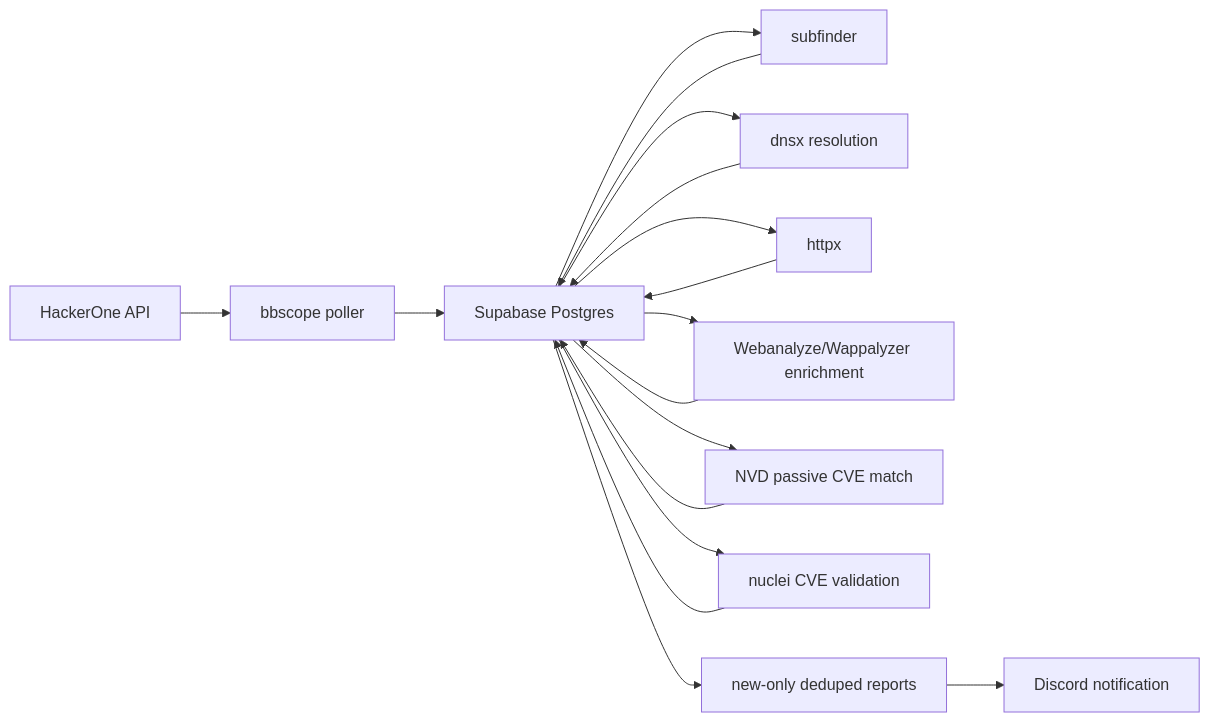
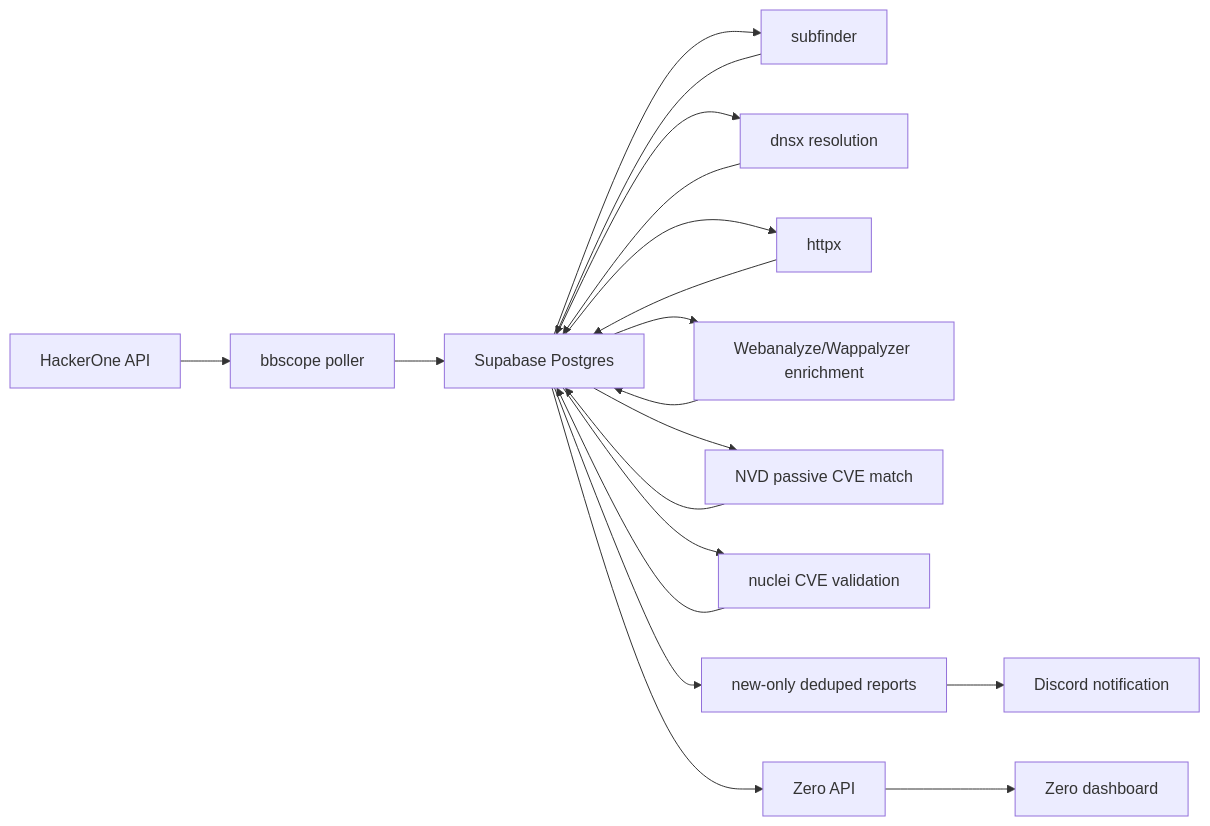
Before and after one commit to rafabd1/ZERO: the diagram in docs/ARCHITECTURE.md, drawn with Mermaid. The commit also changed other lines of this file and 8 other files, not shown here.

Commit message:
feat: add zero dashboard service

````diff
--- a/docs/ARCHITECTURE.md
+++ b/docs/ARCHITECTURE.md
@@ -5,19 +5,21 @@
 ```mermaid
 flowchart LR
   H1["HackerOne API"] --> BBS["bbscope poller"]
   BBS --> DB["Supabase Postgres"]
   DB --> SF["subfinder"]
   SF --> DB
   DB --> DNSX["dnsx resolution"]
   DNSX --> DB
   DB --> HX["httpx"]
   HX --> DB
   DB --> WA["Webanalyze/Wappalyzer enrichment"]
   WA --> DB
   DB --> NVD["NVD passive CVE match"]
   NVD --> DB
   DB --> NUCLEI["nuclei CVE validation"]
   NUCLEI --> DB
   DB --> REPORT["new-only deduped reports"]
   REPORT --> DISCORD["Discord notification"]
+  DB --> API["Zero API"]
+  API --> DASH["Zero dashboard"]
 ```
````
